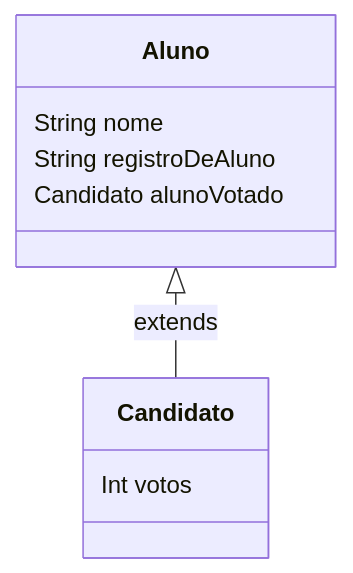
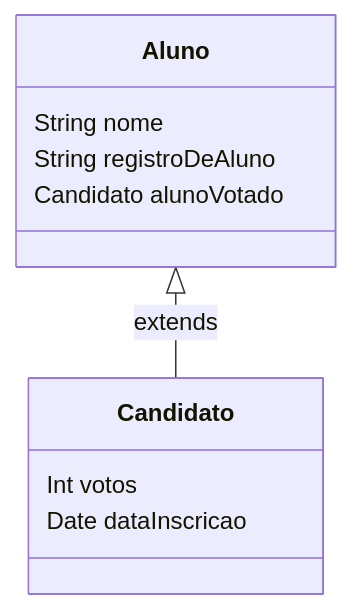
Before and after one commit to ahvShiro/ifpr-esw-notes: the second of 3 diagrams in 6. Programação Orientada a Objetos/Untitled.md, drawn with Mermaid.

Commit message:
backup: 26/03/2025 20:32 (Wednesday)

````diff
--- a/6. Programação Orientada a Objetos/Untitled.md
+++ b/6. Programação Orientada a Objetos/Untitled.md
@@ -29,14 +29,15 @@
 ```mermaid
 classDiagram
     class Aluno
     Aluno : String nome
     Aluno : String registroDeAluno
     Aluno : Candidato alunoVotado
     
     Aluno <|-- Candidato : extends
     
     class Candidato
     Candidato : Int votos
-    
+    Candidato : Date dataInscricao
+    Cand
     
 ```
````
